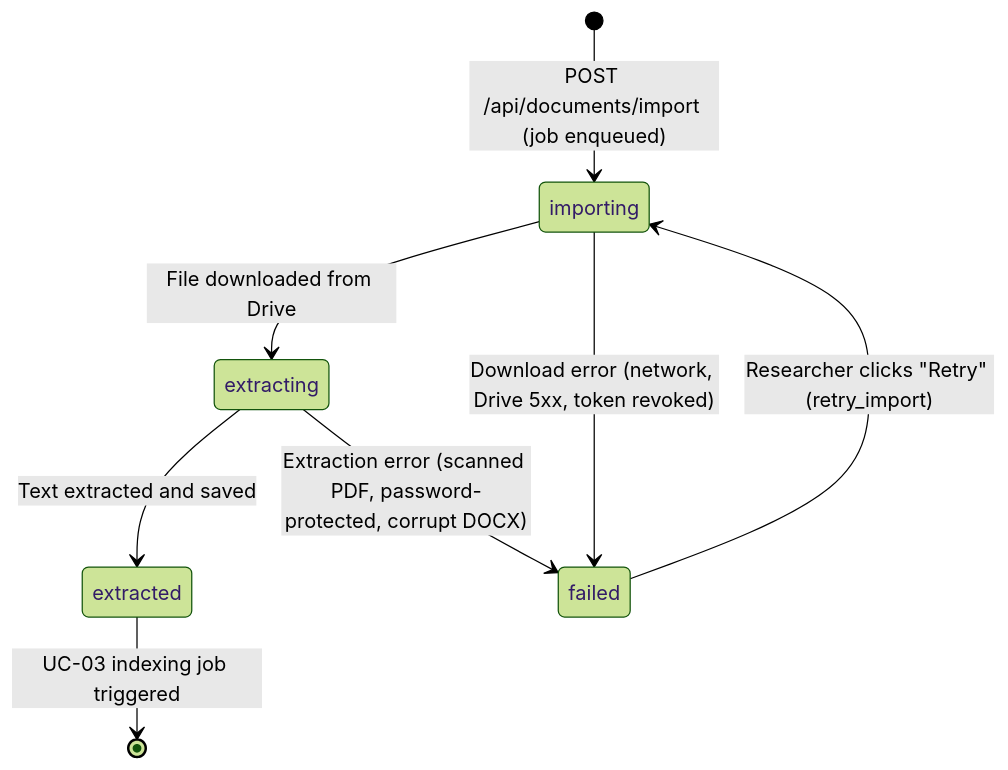
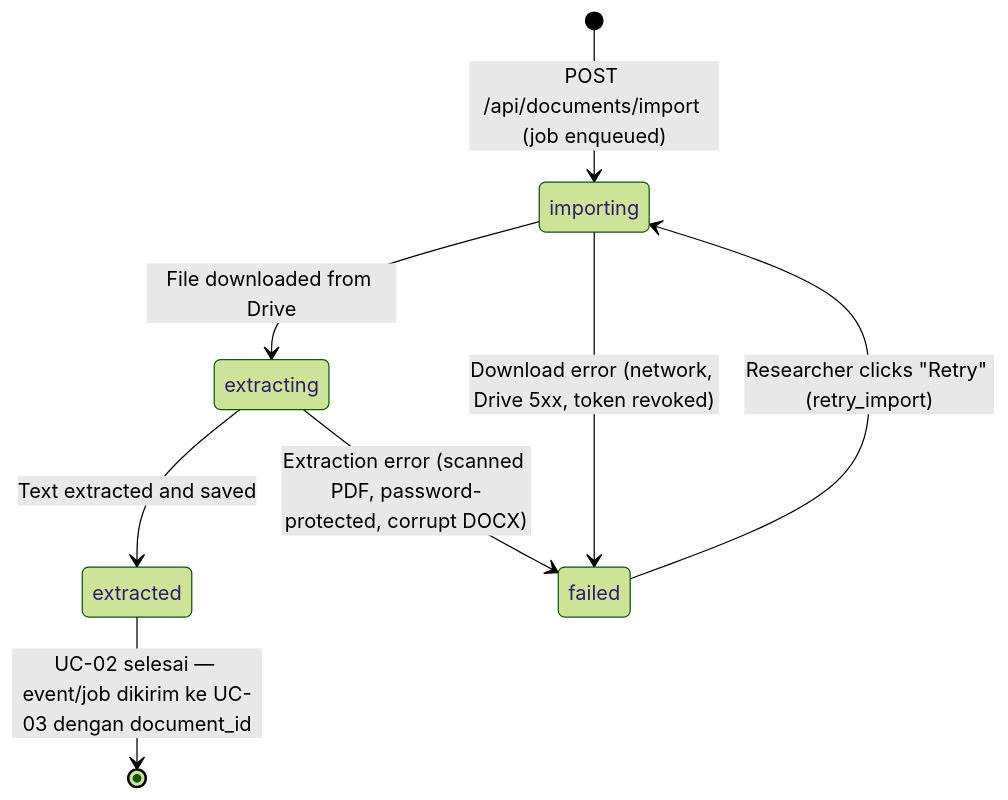
Before and after one commit to Gzaa19/Telaah: the diagram in specs/002-drive-document-import/data-model.md, drawn with Mermaid (forest theme). The commit also changed other lines of this file and 4 other files, not shown here.

````diff
--- a/specs/002-drive-document-import/data-model.md
+++ b/specs/002-drive-document-import/data-model.md
@@ -80,10 +80,10 @@
 ```mermaid
 stateDiagram-v2
     [*] --> importing : POST /api/documents/import (job enqueued)
     importing --> extracting : File downloaded from Drive
     extracting --> extracted : Text extracted and saved
-    extracted --> [*] : UC-03 indexing job triggered
+    extracted --> [*] : UC-02 selesai — event/job dikirim ke UC-03 dengan document_id
     importing --> failed : Download error (network, Drive 5xx, token revoked)
     extracting --> failed : Extraction error (scanned PDF, password-protected, corrupt DOCX)
     failed --> importing : Researcher clicks "Retry" (retry_import)
 ```
````
